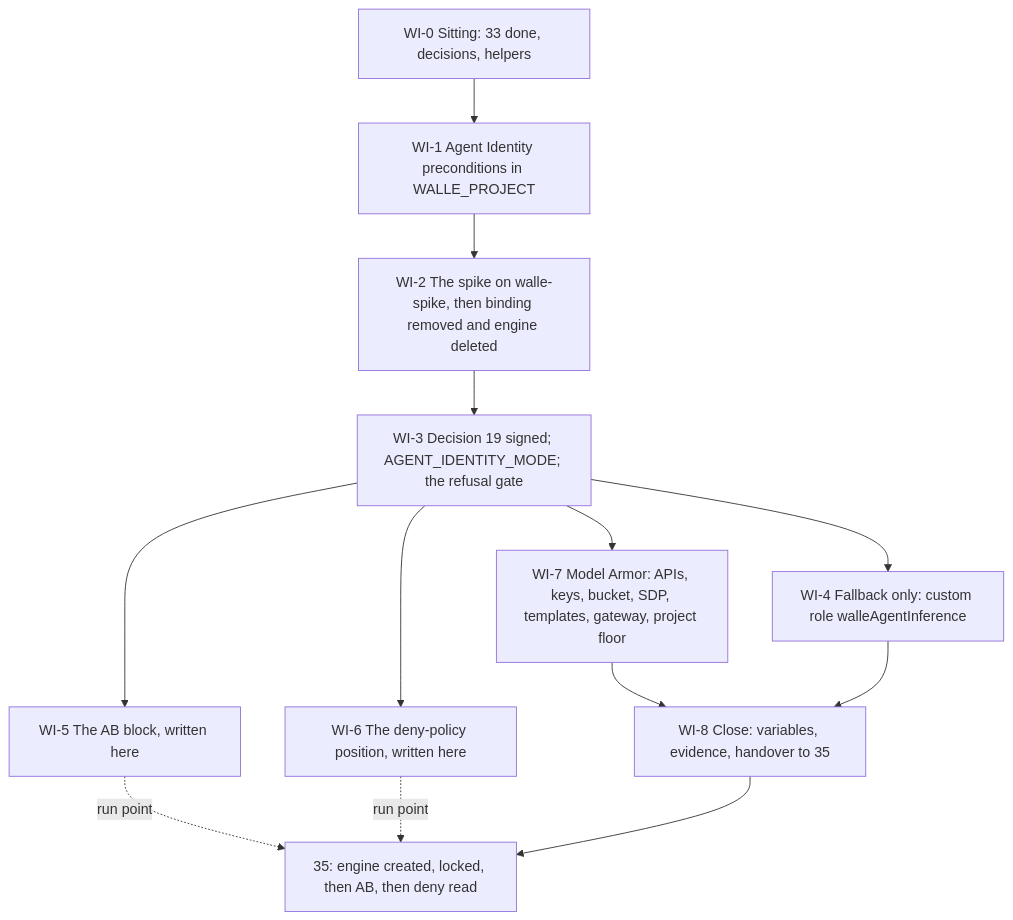
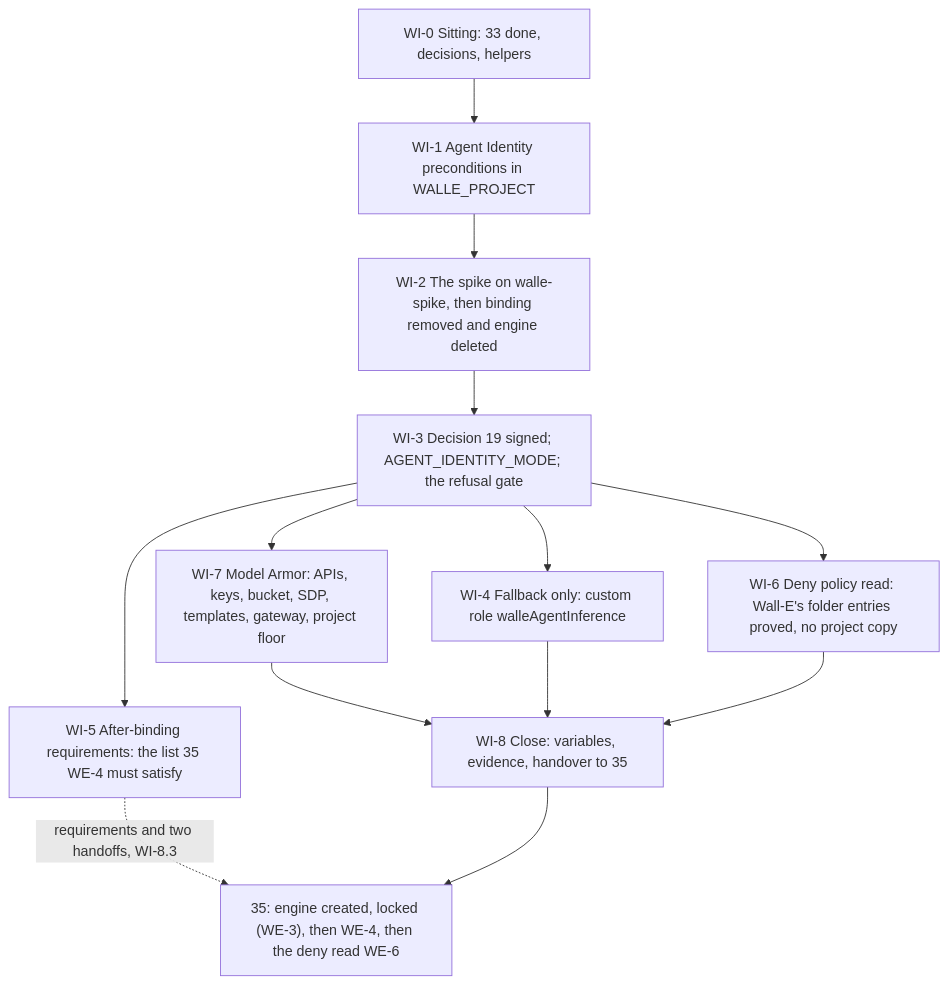
The diagram in platform/agentic-platform/setup/34-wall-e-identity-spike-and-model-armor.md (jsbdfgidsfg/agentic-platform), drawn with Mermaid before and after one commit. The commit also changed other lines of this file and 22 other files, not shown here.

````diff
--- a/platform/agentic-platform/setup/34-wall-e-identity-spike-and-model-armor.md
+++ b/platform/agentic-platform/setup/34-wall-e-identity-spike-and-model-armor.md
@@ -82,15 +82,15 @@
 ```mermaid
 flowchart TD
   A["WI-0 Sitting: 33 done, decisions, helpers"] --> B["WI-1 Agent Identity preconditions in WALLE_PROJECT"]
   B --> C["WI-2 The spike on walle-spike, then binding removed and engine deleted"]
   C --> D["WI-3 Decision 19 signed; AGENT_IDENTITY_MODE; the refusal gate"]
   D --> E["WI-4 Fallback only: custom role walleAgentInference"]
   D --> F["WI-7 Model Armor: APIs, keys, bucket, SDP, templates, gateway, project floor"]
   F --> G["WI-8 Close: variables, evidence, handover to 35"]
   E --> G
-  D --> H["WI-5 The AB block, written here"]
-  D --> I["WI-6 The deny-policy position, written here"]
-  H -.->|"run point"| J["35: engine created, locked, then AB, then deny read"]
-  I -.->|"run point"| J
+  D --> H["WI-5 After-binding requirements: the list 35 WE-4 must satisfy"]
+  D --> I["WI-6 Deny policy read: Wall-E's folder entries proved, no project copy"]
+  I --> G
+  H -.->|"requirements and two handoffs, WI-8.3"| J["35: engine created, locked (WE-3), then WE-4, then the deny read WE-6"]
   G --> J
 ```
````
